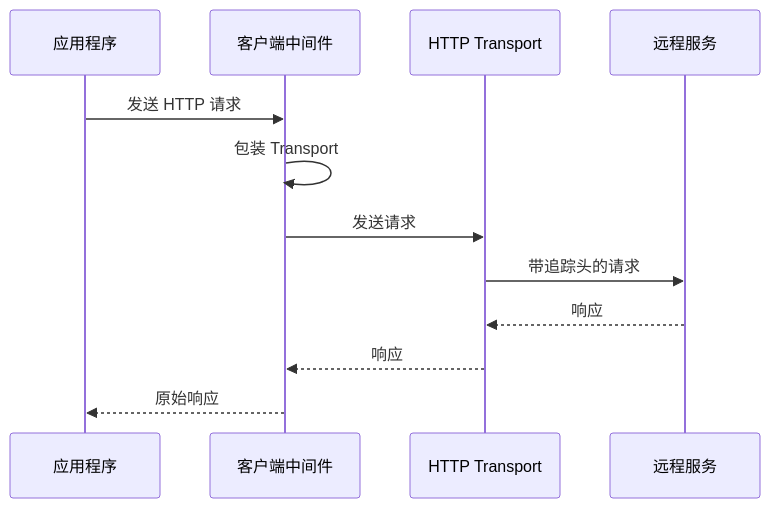
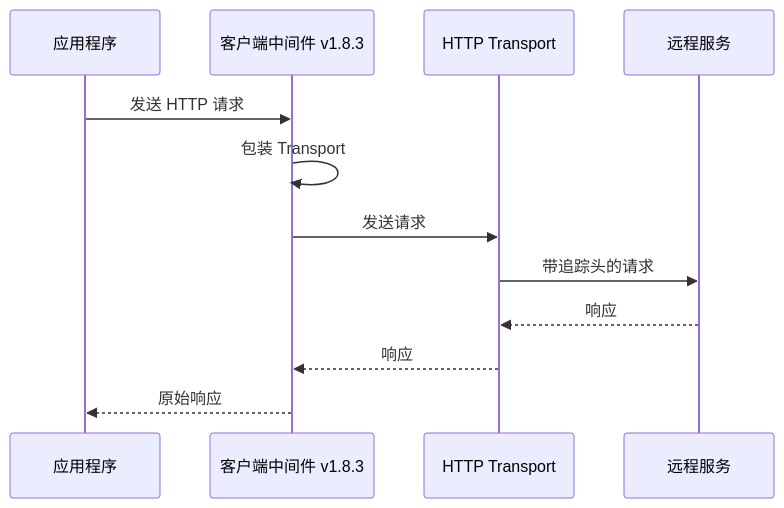
One commit to soyacen/goose changed the seventh of 9 diagrams in .agents/repowiki/zh/content/高级中间件/监控与遥测中间件.md. Above: the diagram before and after it, drawn with Mermaid. The commit also changed other lines of this file and 51 other files, not shown here.

````diff
--- a/.agents/repowiki/zh/content/高级中间件/监控与遥测中间件.md
+++ b/.agents/repowiki/zh/content/高级中间件/监控与遥测中间件.md
@@ -216,14 +226,14 @@
 ```mermaid
 sequenceDiagram
 participant App as 应用程序
-participant ClientMW as 客户端中间件
+participant ClientMW as 客户端中间件 v1.8.3
 participant Transport as HTTP Transport
 participant Remote as 远程服务
 App->>ClientMW : 发送 HTTP 请求
 ClientMW->>ClientMW : 包装 Transport
 ClientMW->>Transport : 发送请求
 Transport->>Remote : 带追踪头的请求
 Remote-->>Transport : 响应
 Transport-->>ClientMW : 响应
 ClientMW-->>App : 原始响应
 ```
````
